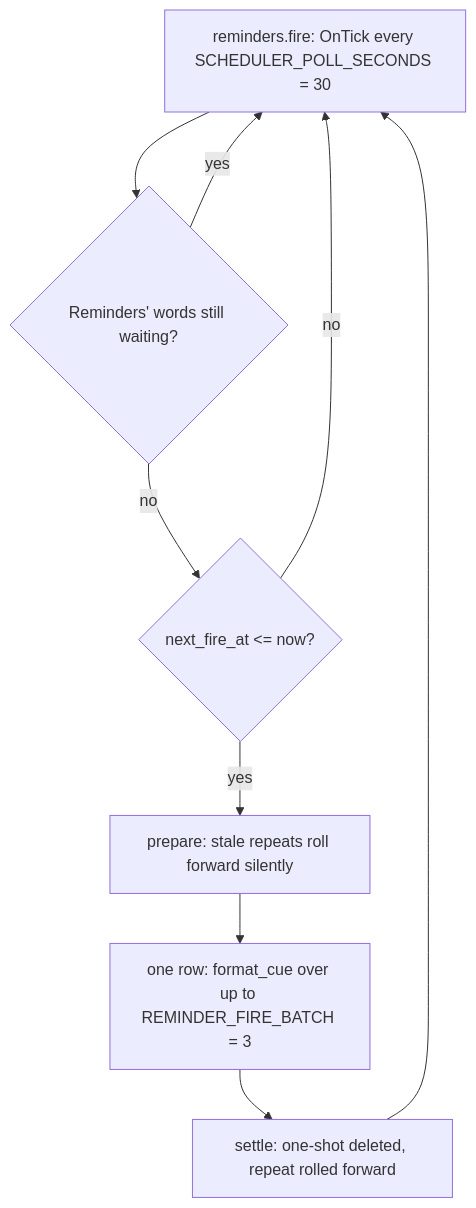
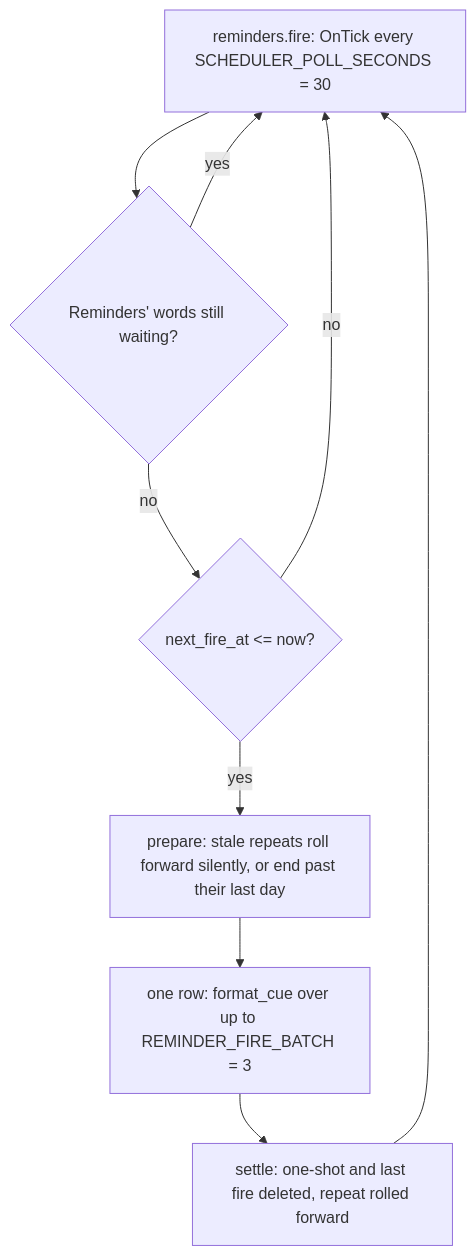
One commit to myvaheed/tg-ai-safwa changed the tenth of 13 diagrams in docs/AGENT_ARCH.md. Above: the diagram before and after it, drawn with Mermaid. The commit also changed other lines of this file and 27 other files, not shown here.

````diff
--- a/docs/AGENT_ARCH.md
+++ b/docs/AGENT_ARCH.md
@@ -652,11 +652,11 @@
 ```mermaid
 flowchart TB
     TICK[reminders.fire: OnTick every SCHEDULER_POLL_SECONDS = 30] --> PEND{Reminders' words still waiting?}
     PEND -->|yes| TICK
     PEND -->|no| DUE{next_fire_at <= now?}
     DUE -->|no| TICK
-    DUE -->|yes| PREP[prepare: stale repeats roll forward silently]
+    DUE -->|yes| PREP[prepare: stale repeats roll forward silently, or end past their last day]
     PREP --> WRITE[one row: format_cue over up to REMINDER_FIRE_BATCH = 3]
-    WRITE --> SETTLE[settle: one-shot deleted, repeat rolled forward]
+    WRITE --> SETTLE[settle: one-shot and last fire deleted, repeat rolled forward]
     SETTLE --> TICK
 ```
````
